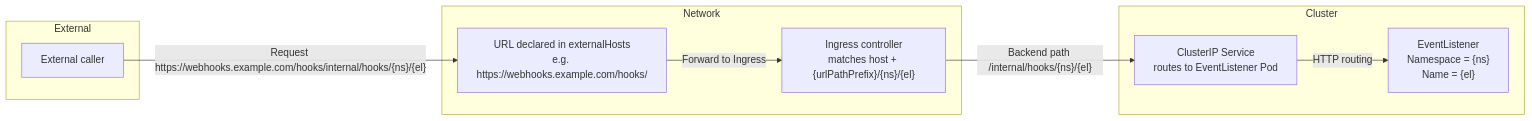
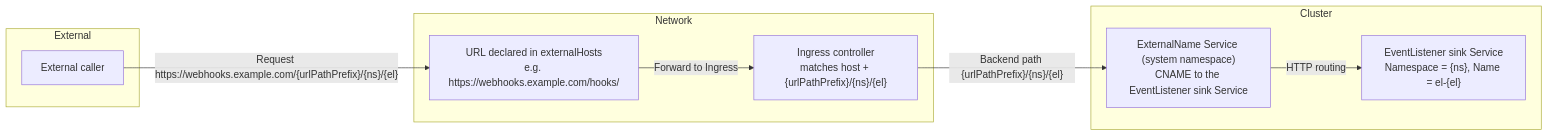
One commit to alauda/devops-pipelines-docs changed the diagram in docs/en/triggers/how_to/trigger-wrapper-config.mdx. Above: the diagram before and after it, drawn with Mermaid. The commit also changed other lines of this file and 50 other files, not shown here.

````diff
--- a/docs/en/triggers/how_to/trigger-wrapper-config.mdx
+++ b/docs/en/triggers/how_to/trigger-wrapper-config.mdx
@@ -167,21 +177,19 @@
 ```mermaid
 flowchart LR
     subgraph External
         A[External caller]
     end
     subgraph Network
         B[URL declared in externalHosts<br/>e.g. https://webhooks.example.com/hooks/]
         C["Ingress controller<br/>matches host + {urlPathPrefix}/{ns}/{el}"]
     end
     subgraph Cluster
-        D[ClusterIP Service<br/>routes to EventListener Pod]
-        E["EventListener
-        Namespace = {ns}
-        Name = {el}"]
+        D["ExternalName Service (system namespace)<br/>CNAME to the EventListener sink Service"]
+        E["EventListener sink Service<br/>Namespace = {ns}, Name = el-{el}"]
     end
 
-    A -->|"Request https://webhooks.example.com/hooks/internal/hooks/{ns}/{el}"| B
+    A -->|"Request https://webhooks.example.com/{urlPathPrefix}/{ns}/{el}"| B
     B -->|Forward to Ingress| C
-    C -->|"Backend path /internal/hooks/{ns}/{el}"| D
+    C -->|"Backend path {urlPathPrefix}/{ns}/{el}"| D
     D -->|HTTP routing| E
 ```
````
